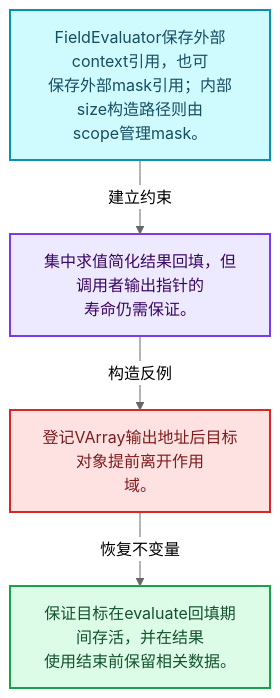
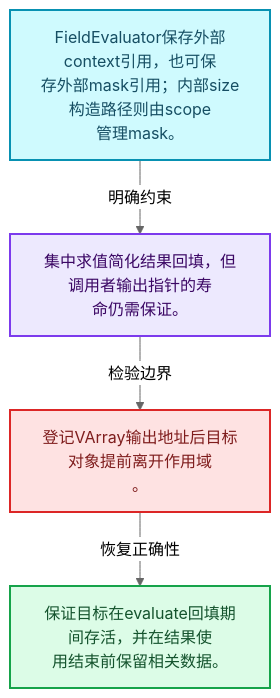
One commit to yunkezengren/blender-.vscode changed the first of 4 diagrams in 杂/markdown/全面学习-codex/08-Field表达式与求值/07-FieldEvaluator接口与使用.md. Above: the diagram before and after it, drawn with Mermaid (neutral theme). The commit also changed other lines of this file and 1930 other files, not shown here.

````diff
--- a/杂/markdown/全面学习-codex/08-Field表达式与求值/07-FieldEvaluator接口与使用.md
+++ b/杂/markdown/全面学习-codex/08-Field表达式与求值/07-FieldEvaluator接口与使用.md
@@ -29,16 +29,16 @@
 ```mermaid
 flowchart TB
-  M["FieldEvaluator保存外部context引用，也可<br/>保存外部mask引用；内部size构造路径则由<br/>scope管理mask。"]:::data
-  T["集中求值简化结果回填，但调用者输出指针的<br/>寿命仍需保证。"]:::abstraction
-  X["登记VArray输出地址后目标对象提前离开作用<br/>域。"]:::error
-  A["保证目标在evaluate回填期间存活，并在结果<br/>使用结束前保留相关数据。"]:::result
-  M -->|"建立约束"| T
-  T -->|"构造反例"| X
-  X -->|"恢复不变量"| A
+  M["FieldEvaluator保存外部context引用，也可保<br/>存外部mask引用；内部size构造路径则由scope<br/>管理mask。"]:::data
+  C["集中求值简化结果回填，但调用者输出指针的寿<br/>命仍需保证。"]:::abstraction
+  B["登记VArray输出地址后目标对象提前离开作用域<br/>。"]:::error
+  R["保证目标在evaluate回填期间存活，并在结果使<br/>用结束前保留相关数据。"]:::result
+  M -->|"明确约束"| C
+  C -->|"检验边界"| B
+  B -->|"恢复正确性"| R
   classDef input fill:#DBEAFE,stroke:#2563EB,color:#172554,stroke-width:2px;
   classDef data fill:#CFFAFE,stroke:#0891B2,color:#164E63,stroke-width:2px;
   classDef abstraction fill:#EDE9FE,stroke:#7C3AED,color:#3B0764,stroke-width:2px;
   classDef compute fill:#FEF3C7,stroke:#D97706,color:#78350F,stroke-width:2px;
   classDef result fill:#DCFCE7,stroke:#16A34A,color:#14532D,stroke-width:2px;
   classDef error fill:#FEE2E2,stroke:#DC2626,color:#7F1D1D,stroke-width:2px;
 ```
````
